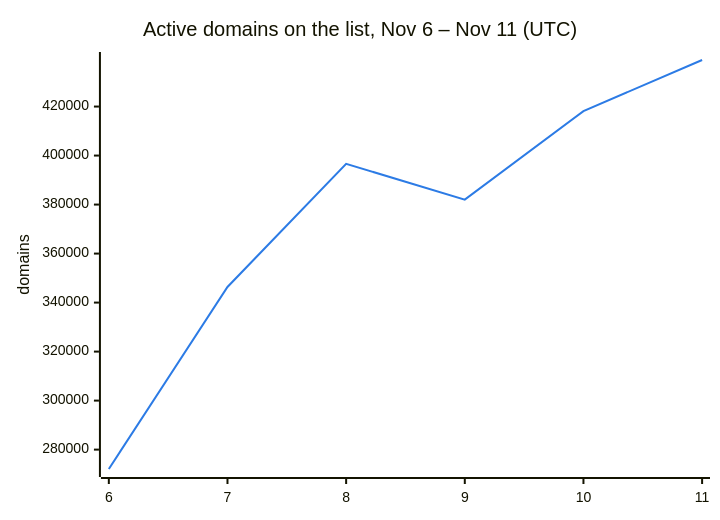
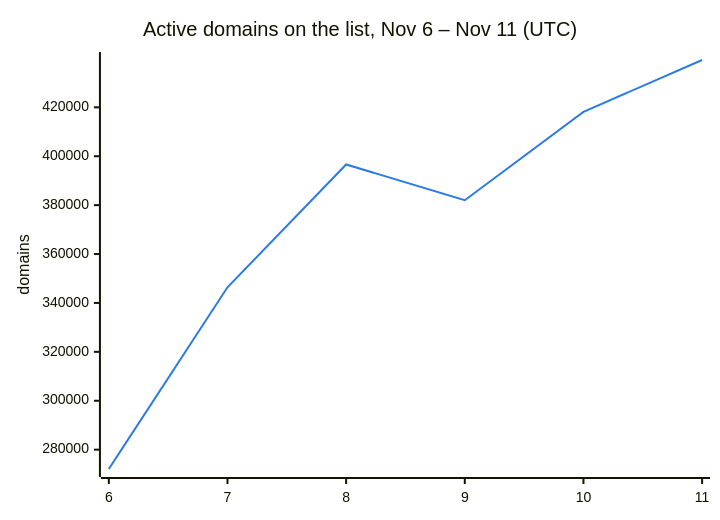
The second of 3 diagrams in README.md (DNSBunker/CTI), drawn with Mermaid before and after one commit. The commit also changed other lines of this file and 3 other files, not shown here.

````diff
--- a/README.md
+++ b/README.md
@@ -38,8 +38,8 @@
 ```mermaid
 %%{init: {"themeVariables": {"xyChart": {"plotColorPalette": "#2c7be5"}}}}%%
 xychart-beta
     title "Active domains on the list, Nov 6 – Nov 11 (UTC)"
     x-axis ["6", "7", "8", "9", "10", "11"]
     y-axis "domains"
-    line [272088, 346388, 396638, 382009, 418143, 438998]
+    line [272088, 346388, 396638, 382009, 418143, 439355]
 ```
````
